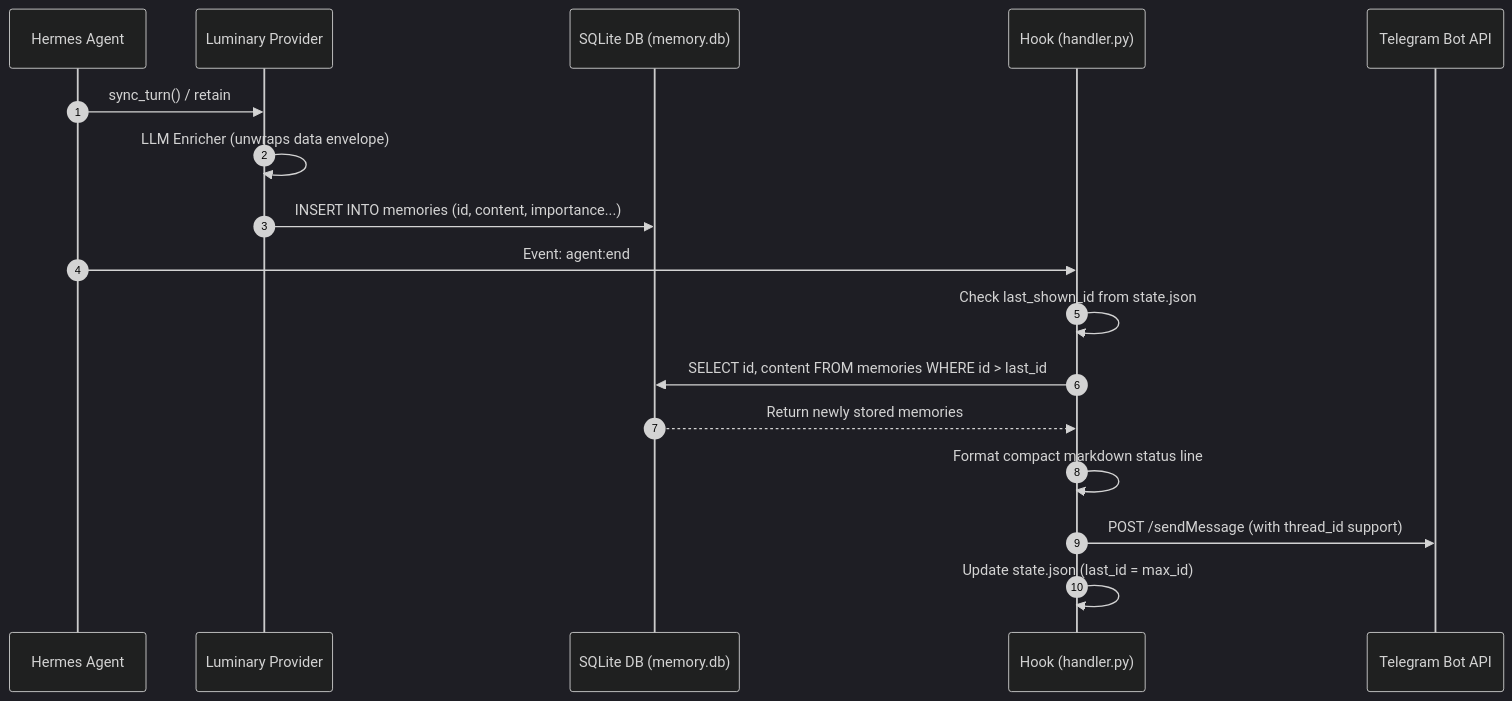
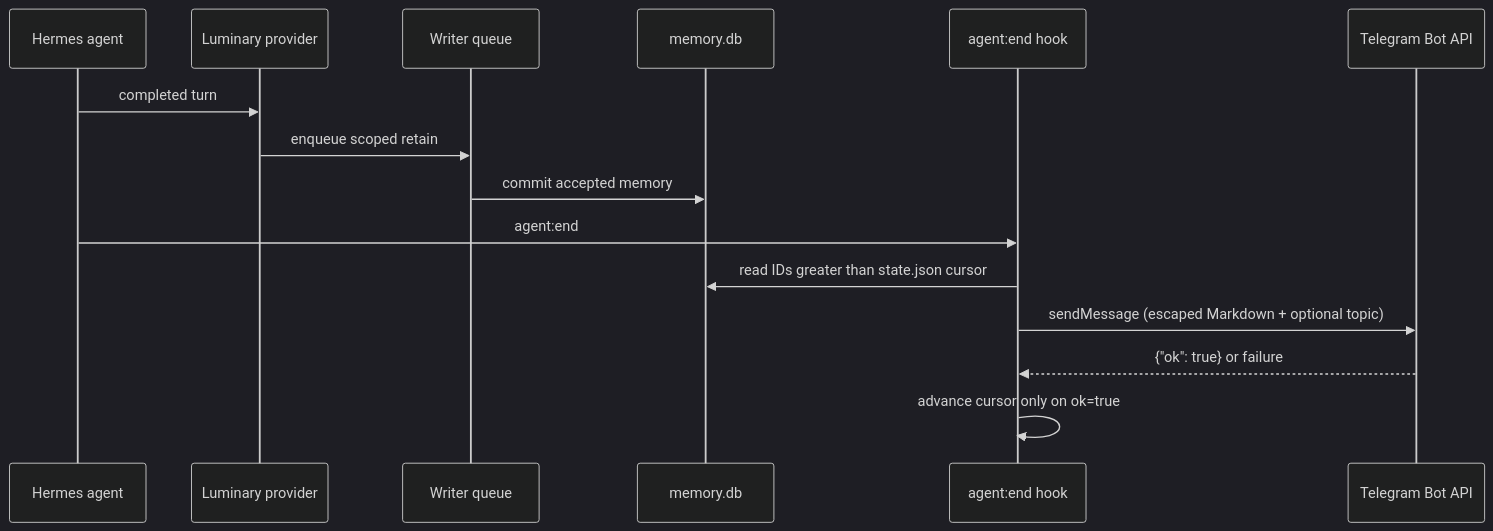
The diagram in docs/debugging-v0.2.17.md (alertxsto/luminary-memory), drawn with Mermaid (dark theme) before and after one commit. The commit also changed other lines of this file and 69 other files, not shown here.

````diff
--- a/docs/debugging-v0.2.17.md
+++ b/docs/debugging-v0.2.17.md
@@ -61,20 +50,18 @@
 ```mermaid
 sequenceDiagram
-    autonumber
-    participant Hermes as Hermes Agent
-    participant Provider as Luminary Provider
-    participant SQLite as SQLite DB (memory.db)
-    participant Hook as Hook (handler.py)
+    participant Hermes as Hermes agent
+    participant Provider as Luminary provider
+    participant Writer as Writer queue
+    participant DB as memory.db
+    participant Hook as agent:end hook
     participant Telegram as Telegram Bot API
 
-    Hermes->>Provider: sync_turn() / retain
-    Provider->>Provider: LLM Enricher (unwraps data envelope)
-    Provider->>SQLite: INSERT INTO memories (id, content, importance...)
-    Hermes->>Hook: Event: agent:end
-    Hook->>Hook: Check last_shown_id from state.json
-    Hook->>SQLite: SELECT id, content FROM memories WHERE id > last_id
-    SQLite-->>Hook: Return newly stored memories
-    Hook->>Hook: Format compact markdown status line
-    Hook->>Telegram: POST /sendMessage (with thread_id support)
-    Hook->>Hook: Update state.json (last_id = max_id)
+    Hermes->>Provider: completed turn
+    Provider->>Writer: enqueue scoped retain
+    Writer->>DB: commit accepted memory
+    Hermes->>Hook: agent:end
+    Hook->>DB: read IDs greater than state.json cursor
+    Hook->>Telegram: sendMessage (escaped Markdown + optional topic)
+    Telegram-->>Hook: {"ok": true} or failure
+    Hook->>Hook: advance cursor only on ok=true
 ```
````
